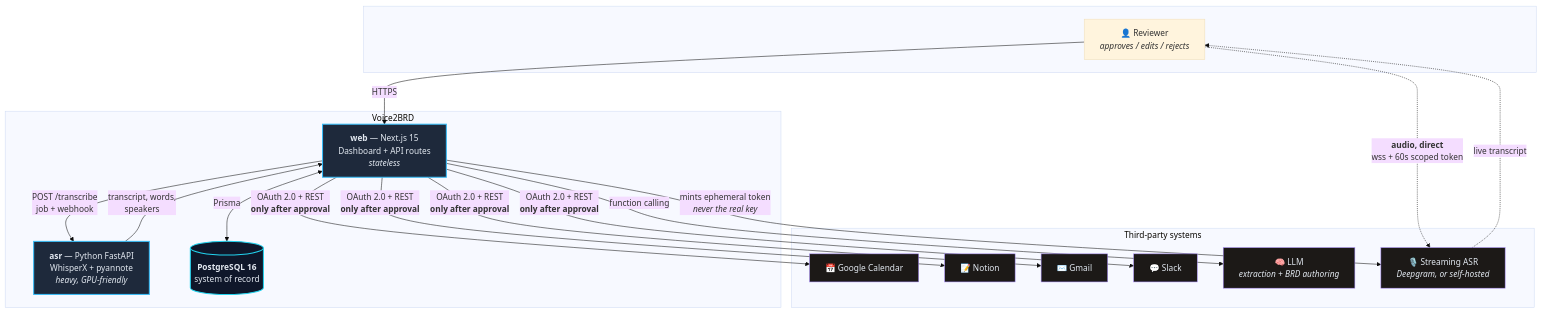
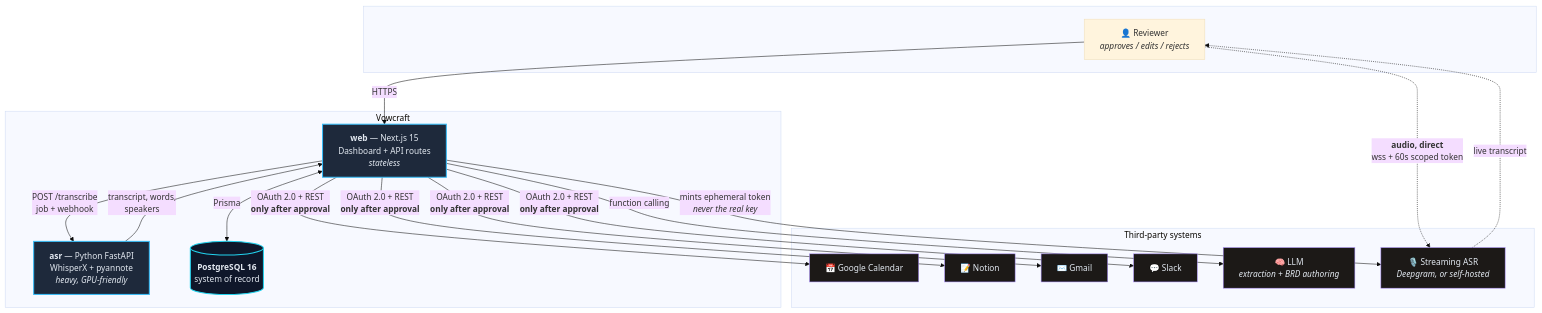
The first of 10 diagrams in ARCHITECTURE.md (srijani18/vowcraft), drawn with Mermaid (base theme) before and after one commit. The commit also changed other lines of this file and 70 other files, not shown here.

First line of the commit message:
refactor: rename project from Voice2BRD to Vowcraft

````diff
--- a/ARCHITECTURE.md
+++ b/ARCHITECTURE.md
@@ -43,38 +43,38 @@
 ```mermaid
 graph TB
     subgraph people[" "]
         U["👤 Reviewer<br/><i>approves / edits / rejects</i>"]
     end
 
-    subgraph v2b["Voice2BRD"]
+    subgraph v2b["Vowcraft"]
         WEB["<b>web</b> — Next.js 15<br/>Dashboard + API routes<br/><i>stateless</i>"]
         ASR["<b>asr</b> — Python FastAPI<br/>WhisperX + pyannote<br/><i>heavy, GPU-friendly</i>"]
         DB[("<b>PostgreSQL 16</b><br/>system of record")]
     end
 
     subgraph ext["Third-party systems"]
         GC["📅 Google Calendar"]
         NO["📝 Notion"]
         GM["✉️ Gmail"]
         SL["💬 Slack"]
         LLM["🧠 LLM<br/><i>extraction + BRD authoring</i>"]
         STREAM["🎙️ Streaming ASR<br/><i>Deepgram, or self-hosted</i>"]
     end
 
     U -->|"HTTPS"| WEB
     U -.->|"<b>audio, direct</b><br/>wss + 60s scoped token"| STREAM
     STREAM -.->|"live transcript"| U
     WEB -->|"mints ephemeral token<br/><i>never the real key</i>"| STREAM
     WEB <-->|"Prisma"| DB
     WEB -->|"POST /transcribe<br/>job + webhook"| ASR
     ASR -->|"transcript, words,<br/>speakers"| WEB
     WEB -->|"function calling"| LLM
     WEB -->|"OAuth 2.0 + REST<br/><b>only after approval</b>"| GC & NO & GM & SL
 
     classDef core fill:#1e293b,stroke:#38bdf8,stroke-width:2px,color:#e2e8f0
     classDef data fill:#0f172a,stroke:#22d3ee,stroke-width:2px,color:#e2e8f0
     classDef extc fill:#1c1917,stroke:#a78bfa,stroke-width:1px,color:#e2e8f0
     class WEB,ASR core
     class DB data
     class GC,NO,GM,SL,LLM,STREAM extc
 ```
````
